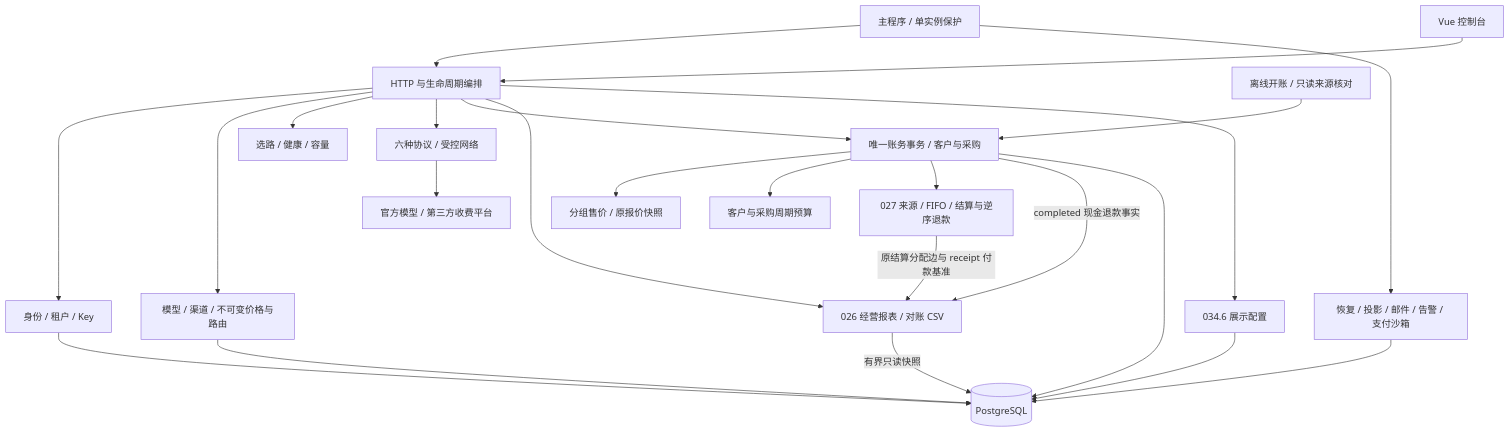
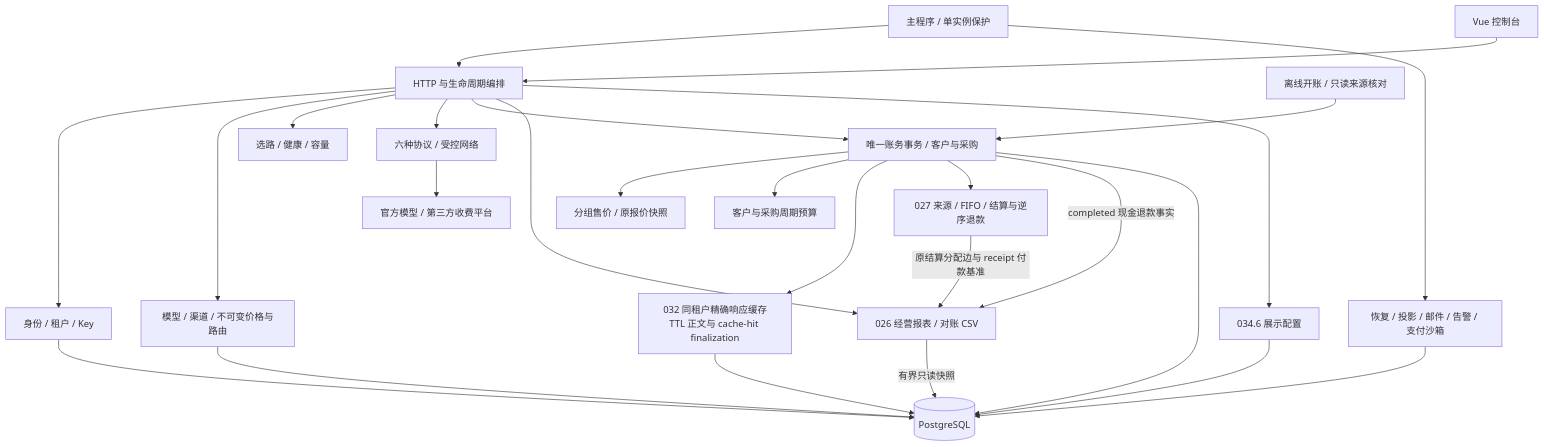
One commit to workhold/moni-aigate changed the third of 24 diagrams in docs/architecture/README.md. Above: the diagram before and after it, drawn with Mermaid. The commit also changed other lines of this file and 76 other files, not shown here.

````diff
--- a/docs/architecture/README.md
+++ b/docs/architecture/README.md
@@ -179,26 +179,28 @@
 ```mermaid
 flowchart TD
     Main[主程序 / 单实例保护] --> Server[HTTP 与生命周期编排]
     Web[Vue 控制台] --> Server
     Server --> Identity[身份 / 租户 / Key]
     Server --> Catalog[模型 / 渠道 / 不可变价格与路由]
     Server --> Route[选路 / 健康 / 容量]
     Server --> Provider[六种协议 / 受控网络]
     Server --> Billing[唯一账务事务 / 客户与采购]
     Billing --> Pricing[分组售价 / 原报价快照]
     Billing --> PB[客户与采购周期预算]
+    Billing --> TextCache[032 同租户精确响应缓存\nTTL 正文与 cache-hit finalization]
+    TextCache --> DB
     Billing --> Sources[027 来源 / FIFO / 结算与逆序退款]
     Server --> Report[026 经营报表 / 对账 CSV]
     Server --> Display[034.6 展示配置]
     Display --> DB
     Sources -->|原结算分配边与 receipt 付款基准| Report
     Billing -->|completed 现金退款事实| Report
     Maintenance[离线开账 / 只读来源核对] --> Billing
     Main --> Workers[恢复 / 投影 / 邮件 / 告警 / 支付沙箱]
     Identity --> DB[(PostgreSQL)]
     Catalog --> DB
     Billing --> DB
     Report -->|有界只读快照| DB
     Workers --> DB
     Provider --> Upstream[官方模型 / 第三方收费平台]
 ```
````
